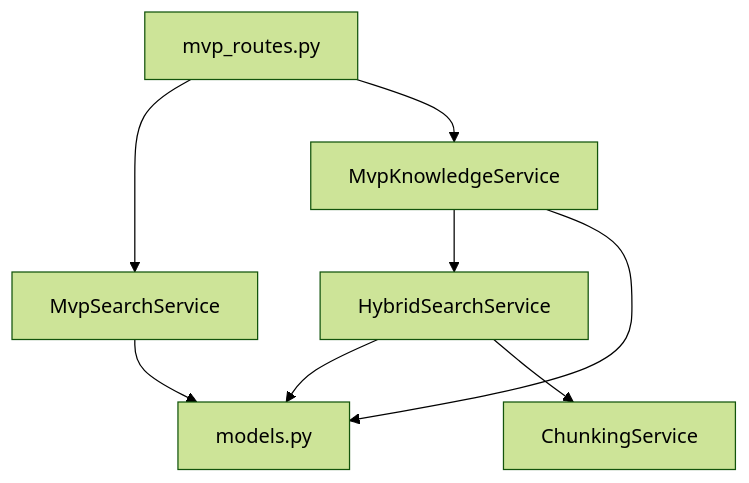
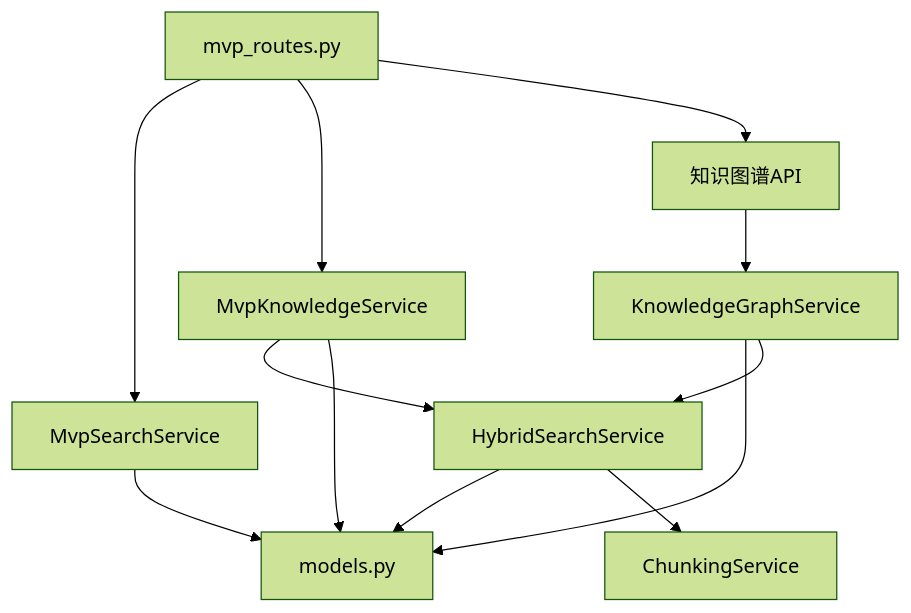
One commit to dream-ze/AI_huoke- changed the ninth of 9 diagrams in .qoder/repowiki/zh/content/AI内容处理系统/MVP搜索检索系统.md. Above: the diagram before and after it, drawn with Mermaid (forest theme). The commit also changed other lines of this file and 220 other files, not shown here.

````diff
--- a/.qoder/repowiki/zh/content/AI内容处理系统/MVP搜索检索系统.md
+++ b/.qoder/repowiki/zh/content/AI内容处理系统/MVP搜索检索系统.md
@@ -333,10 +420,14 @@
 ```mermaid
 graph TB
 Routes["mvp_routes.py"] --> SearchSvc["MvpSearchService"]
 Routes --> KnowledgeSvc["MvpKnowledgeService"]
+Routes --> GraphRoutes["知识图谱API"]
+GraphRoutes --> GraphSvc["KnowledgeGraphService"]
 KnowledgeSvc --> HybridSvc["HybridSearchService"]
 HybridSvc --> Models["models.py"]
 SearchSvc --> Models
 KnowledgeSvc --> Models
+GraphSvc --> Models
+GraphSvc --> HybridSvc
 HybridSvc --> ChunkSvc["ChunkingService"]
 ```
````
